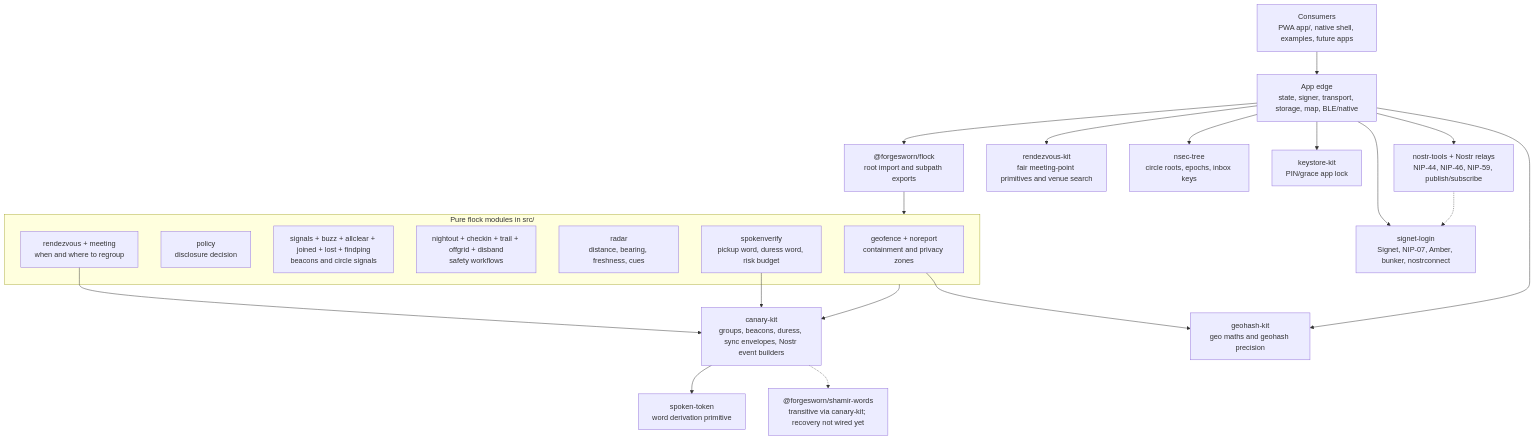
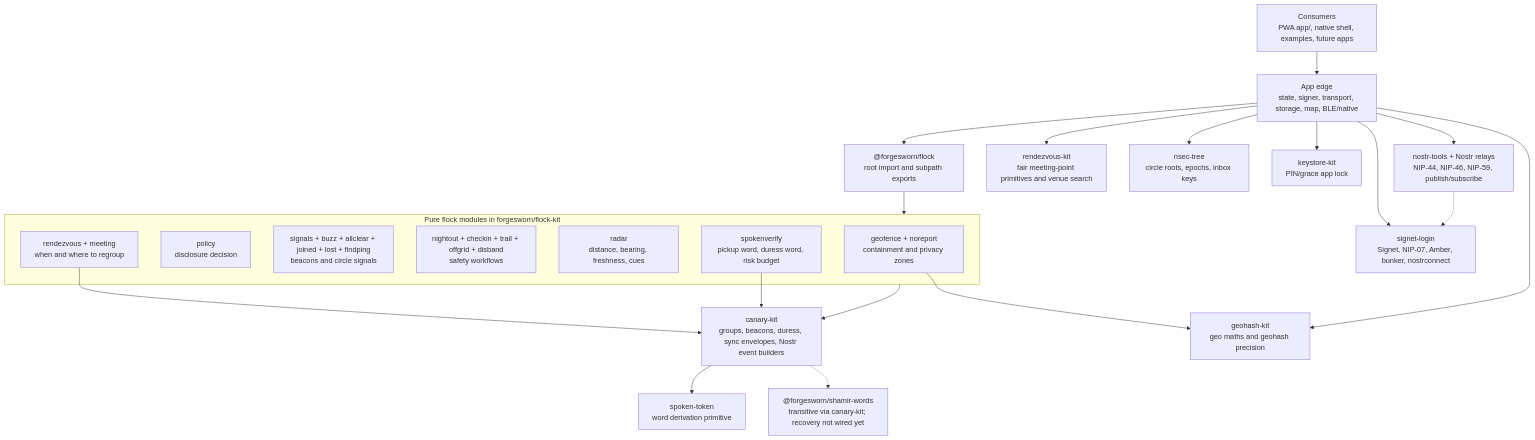
Before and after one commit to forgesworn/flock: the diagram in docs/LIBRARY-STACK.md, drawn with Mermaid. The commit also changed other lines of this file and 73 other files, not shown here.

````diff
--- a/docs/LIBRARY-STACK.md
+++ b/docs/LIBRARY-STACK.md
@@ -23,46 +23,46 @@
 ```mermaid
 flowchart TB
   consumer["Consumers\nPWA app/, native shell, examples, future apps"]
   appEdge["App edge\nstate, signer, transport, storage, map, BLE/native"]
   flockPkg["@forgesworn/flock\nroot import and subpath exports"]
 
-  subgraph modules["Pure flock modules in src/"]
+  subgraph modules["Pure flock modules in forgesworn/flock-kit"]
     geofence["geofence + noreport\ncontainment and privacy zones"]
     policy["policy\ndisclosure decision"]
     signals["signals + buzz + allclear + joined + lost + findping\nbeacons and circle signals"]
     safety["nightout + checkin + trail + offgrid + disband\nsafety workflows"]
     radar["radar\ndistance, bearing, freshness, cues"]
     meeting["rendezvous + meeting\nwhen and where to regroup"]
     spoken["spokenverify\npickup word, duress word, risk budget"]
   end
 
   canary["canary-kit\ngroups, beacons, duress, sync envelopes, Nostr event builders"]
   spokenToken["spoken-token\nword derivation primitive"]
   shamir["@forgesworn/shamir-words\ntransitive via canary-kit; recovery not wired yet"]
   geohash["geohash-kit\ngeo maths and geohash precision"]
   rendezvous["rendezvous-kit\nfair meeting-point primitives and venue search"]
 
   signet["signet-login\nSignet, NIP-07, Amber, bunker, nostrconnect"]
   nsec["nsec-tree\ncircle roots, epochs, inbox keys"]
   keystore["keystore-kit\nPIN/grace app lock"]
   nostr["nostr-tools + Nostr relays\nNIP-44, NIP-46, NIP-59, publish/subscribe"]
 
   consumer --> appEdge
   appEdge --> flockPkg
   flockPkg --> modules
 
   modules --> canary
   canary --> spokenToken
   canary -.-> shamir
   geofence --> geohash
   meeting --> canary
   spoken --> canary
 
   appEdge --> signet
   appEdge --> nsec
   appEdge --> keystore
   appEdge --> nostr
   appEdge --> geohash
   appEdge --> rendezvous
   nostr -.-> signet
 ```
````
